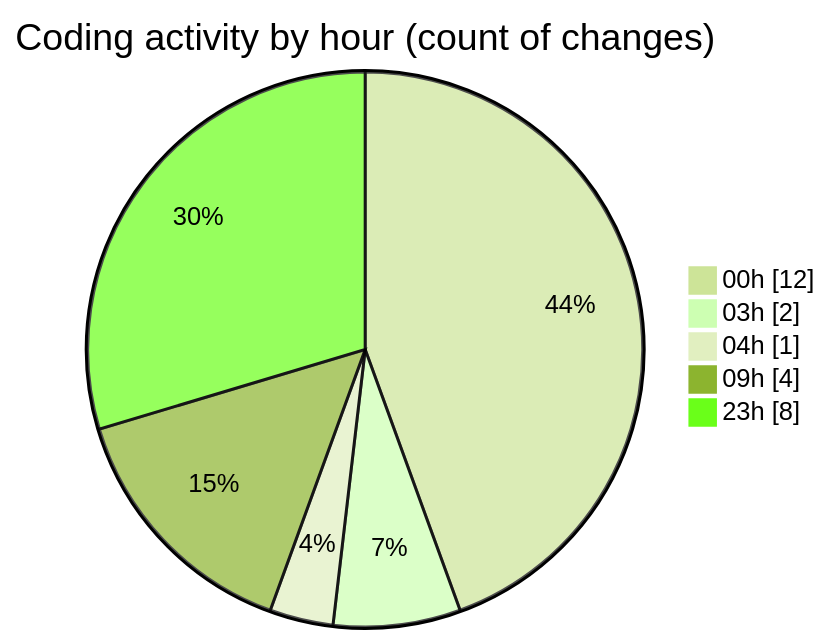
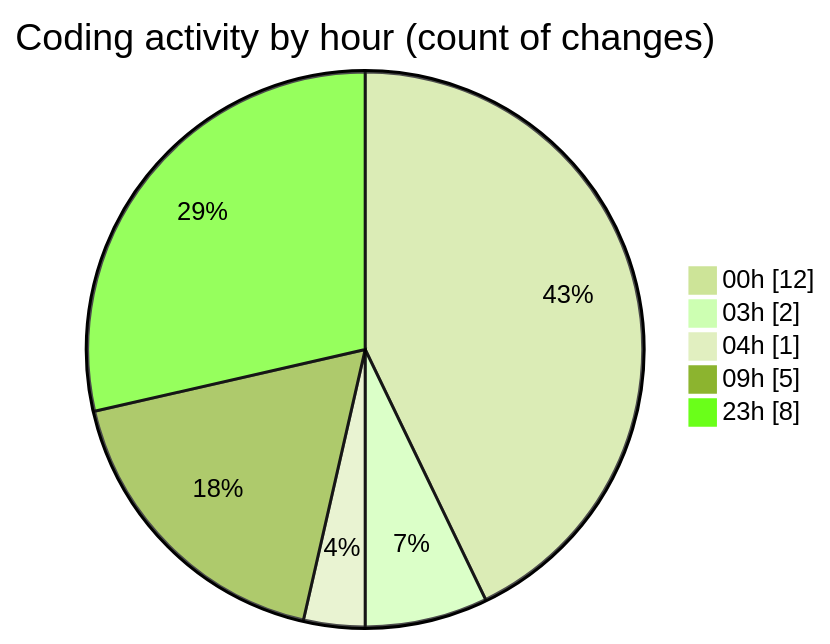
Before and after one commit to julien-gomy/code-tracking: the second of 2 diagrams in 2025-11-18/cdp_aleoudev_fr__workspace_/README.md, drawn with Mermaid (forest theme). The commit also changed other lines of this file and 1 other file, not shown here.

````diff
--- a/2025-11-18/cdp_aleoudev_fr__workspace_/README.md
+++ b/2025-11-18/cdp_aleoudev_fr__workspace_/README.md
@@ -36,9 +36,9 @@
 ```mermaid
 pie showData
 title Coding activity by hour (count of changes)
 "00h" : 12
 "03h" : 2
 "04h" : 1
-"09h" : 4
+"09h" : 5
 "23h" : 8
 ```
````
